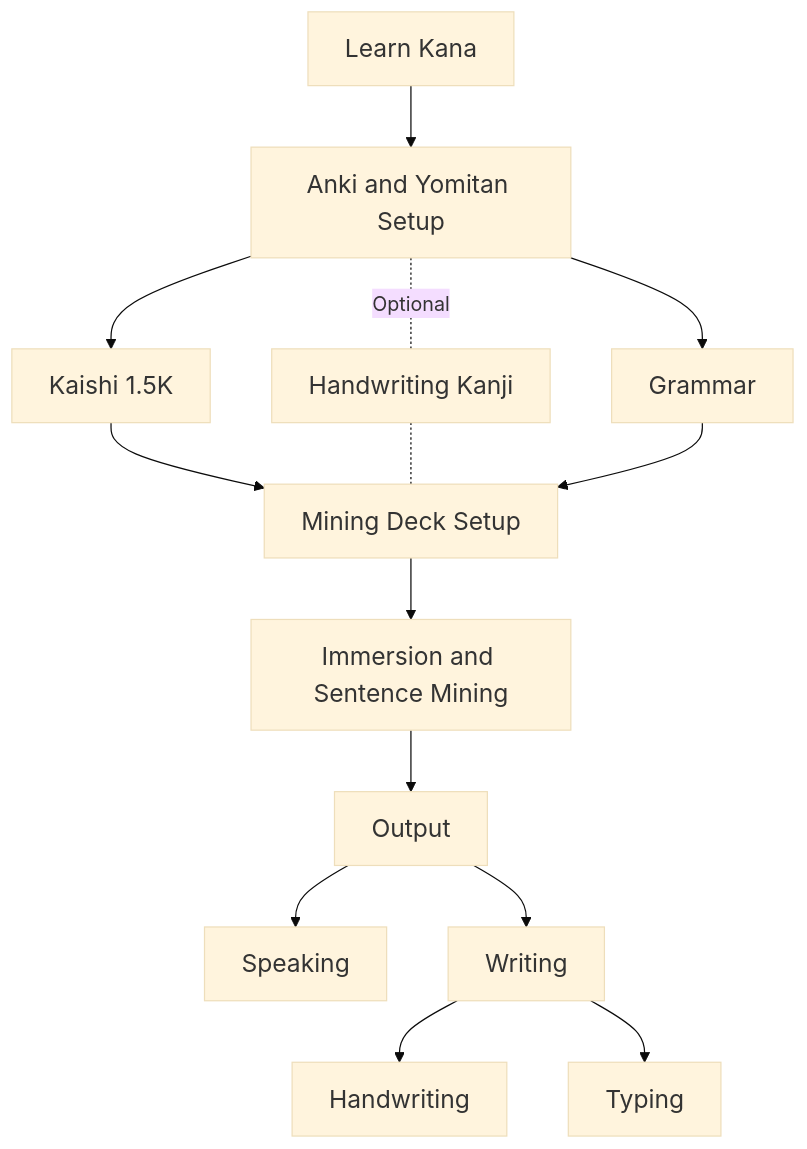
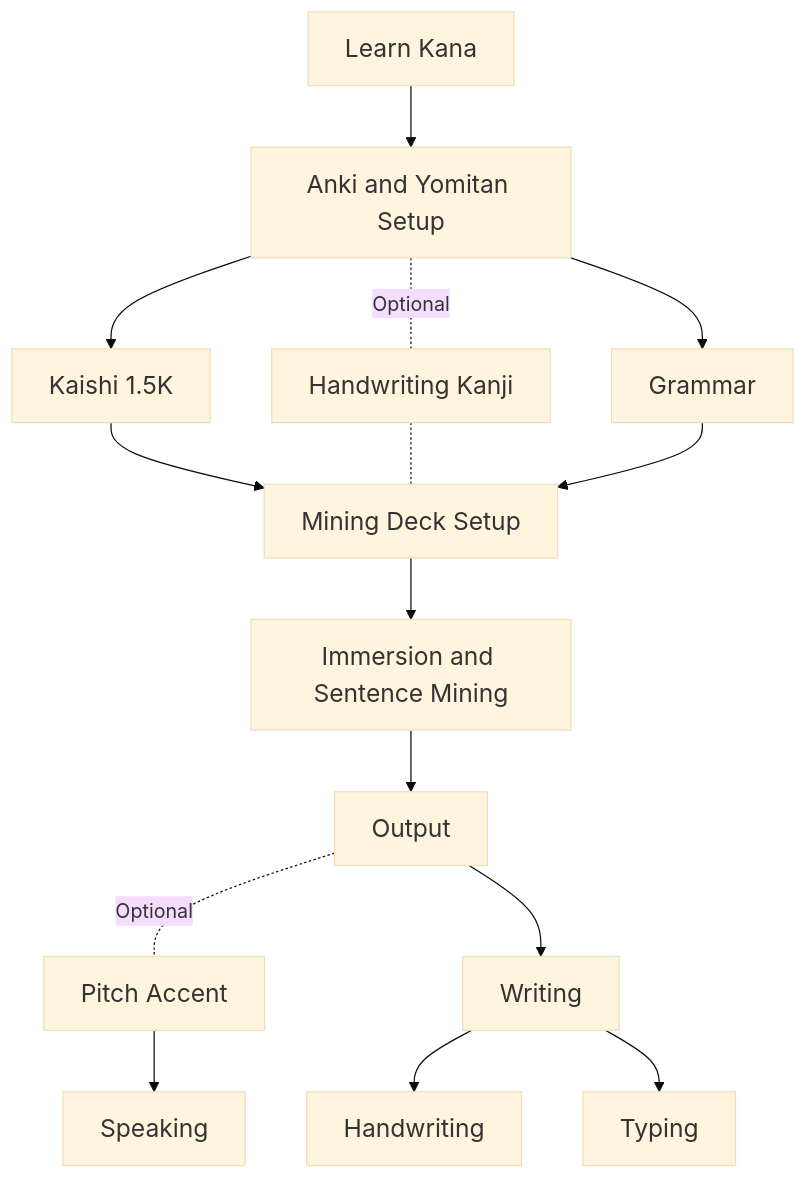
One commit to nasena21/belajar-bahasa-jepang changed the first of 2 diagrams in docs/main_guide.md. Above: the diagram before and after it, drawn with Mermaid (base theme). The commit also changed 7 other files, not shown here.

````diff
--- a/docs/main_guide.md
+++ b/docs/main_guide.md
@@ -3,16 +3,17 @@
 ```mermaid
 flowchart TB
     A[<p style="font-size: 20px;">Learn Kana</p>] --> B[<p style="font-size: 20px;">Anki and Yomitan Setup</p>]
     B --> C[<p style="font-size: 20px;">Kaishi 1.5K</p>]
     B -.-|Optional| D[<p style="font-size: 20px;">Handwriting Kanji</p>]
     B --> E[<p style="font-size: 20px;">Grammar</p>]
     C --> F[<p style="font-size: 20px;">Mining Deck Setup</p>]
     D -.- F[<p style="font-size: 20px;">Mining Deck Setup</p>]
     E --> F[<p style="font-size: 20px;">Mining Deck Setup</p>]
     F --> G[<p style="font-size: 20px;">Immersion and Sentence Mining</p>]
     G --> H[<p style="font-size: 20px;">Output</p>]
-    H --> J[<p style="font-size: 20px;">Speaking</p>]
+    H -.-|Optional| J[<p style="font-size: 20px;">Pitch Accent</p>]
+    J --> N[<p style="font-size: 20px;">Speaking</p>]
     H --> K[<p style="font-size: 20px;">Writing</p>]
     K --> L[<p style="font-size: 20px;">Handwriting</p>]
     K --> M[<p style="font-size: 20px;">Typing</p>]
 ```
````
